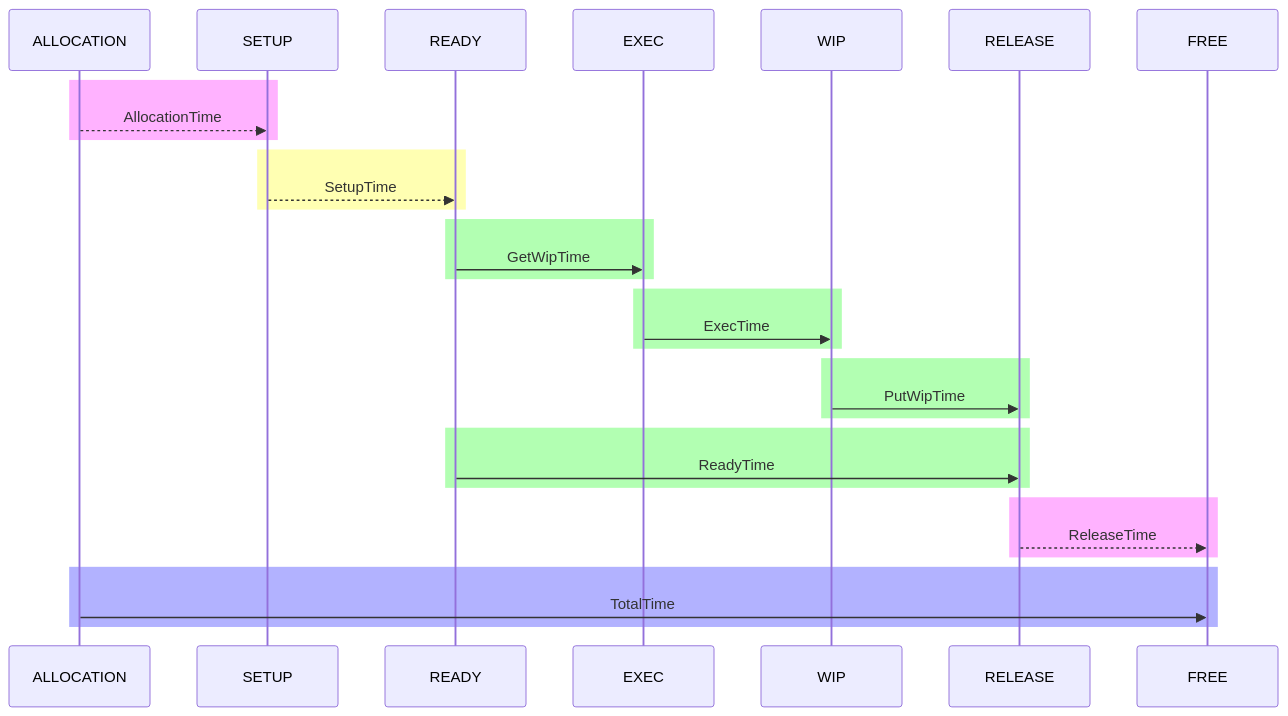
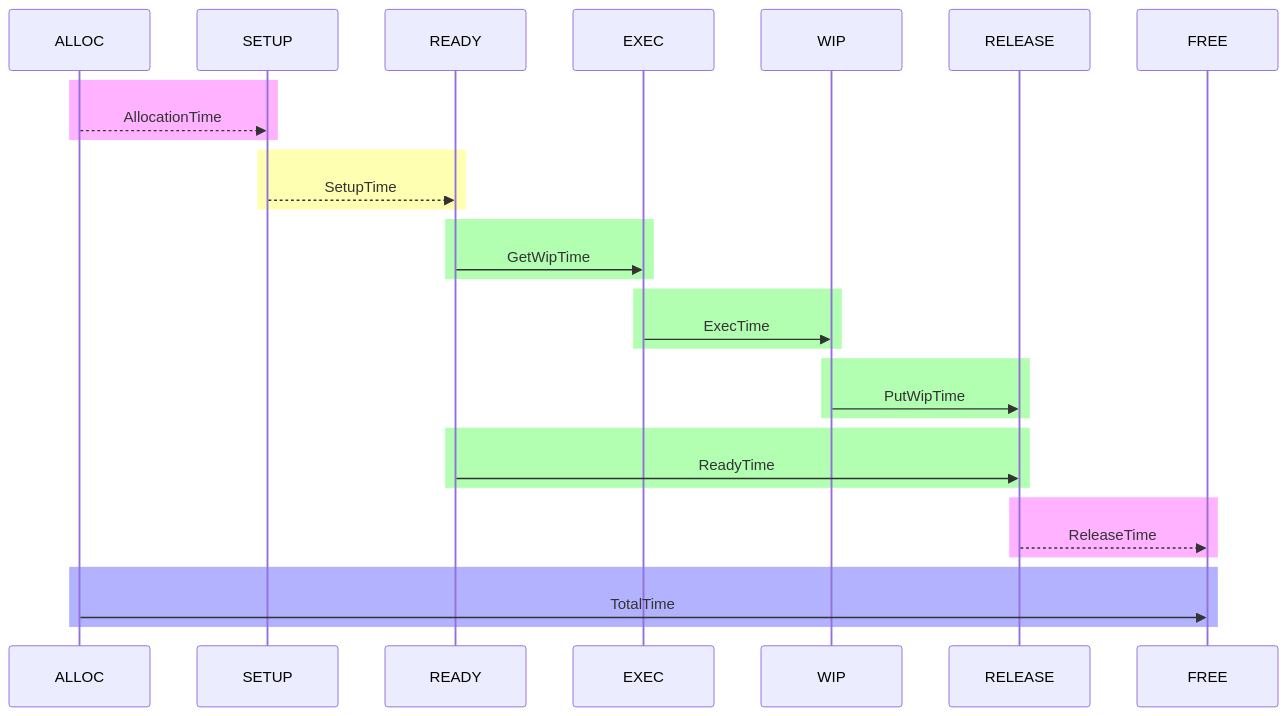
The first of 2 diagrams in content/docs/cyclo/stage.md (bampli/specs), drawn with Mermaid before and after one commit. The commit also changed other lines of this file and 1 other file, not shown here.

```diff
--- a/content/docs/cyclo/stage.md
+++ b/content/docs/cyclo/stage.md
@@ -46,28 +46,28 @@
 {{< mermaid >}}
 sequenceDiagram
     rect rgb(255, 0, 255, .3)
-        ALLOCATION-->>SETUP: AllocationTime
+        ALLOC-->>SETUP: AllocationTime
     end
     rect rgb(255, 255, 0, .3)
         SETUP-->>READY: SetupTime
     end
 
     rect rgb(0, 255, 0, .3)
         READY->>EXEC: GetWipTime
     end
     rect rgb(0, 255, 0, .3)
         EXEC->>WIP: ExecTime
     end
     rect rgb(0, 255, 0, .3)
         WIP->>RELEASE: PutWipTime
     end
     rect rgb(0, 255, 0, .3)
         READY->>RELEASE: ReadyTime
     end
     rect rgb(255, 0, 255, .3)
         RELEASE-->>FREE: ReleaseTime
     end
     rect rgb(0, 0, 255, .3)
-        ALLOCATION->>FREE: TotalTime
+        ALLOC->>FREE: TotalTime
     end
 {{< /mermaid >}}
```
